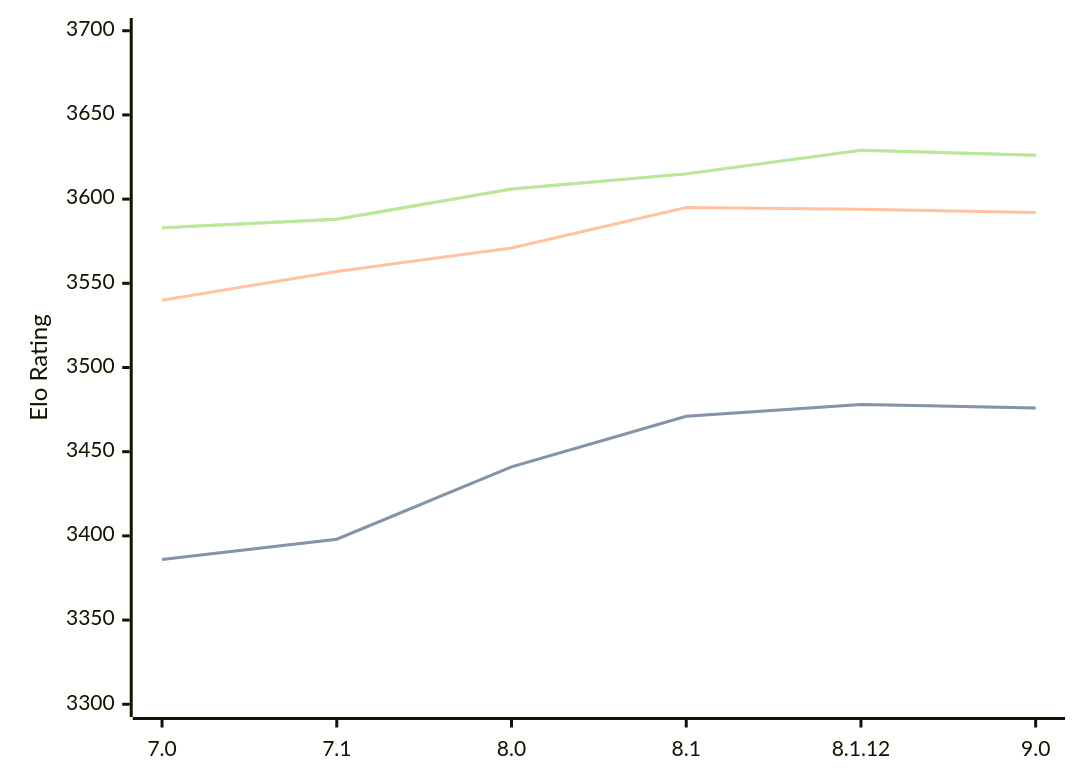
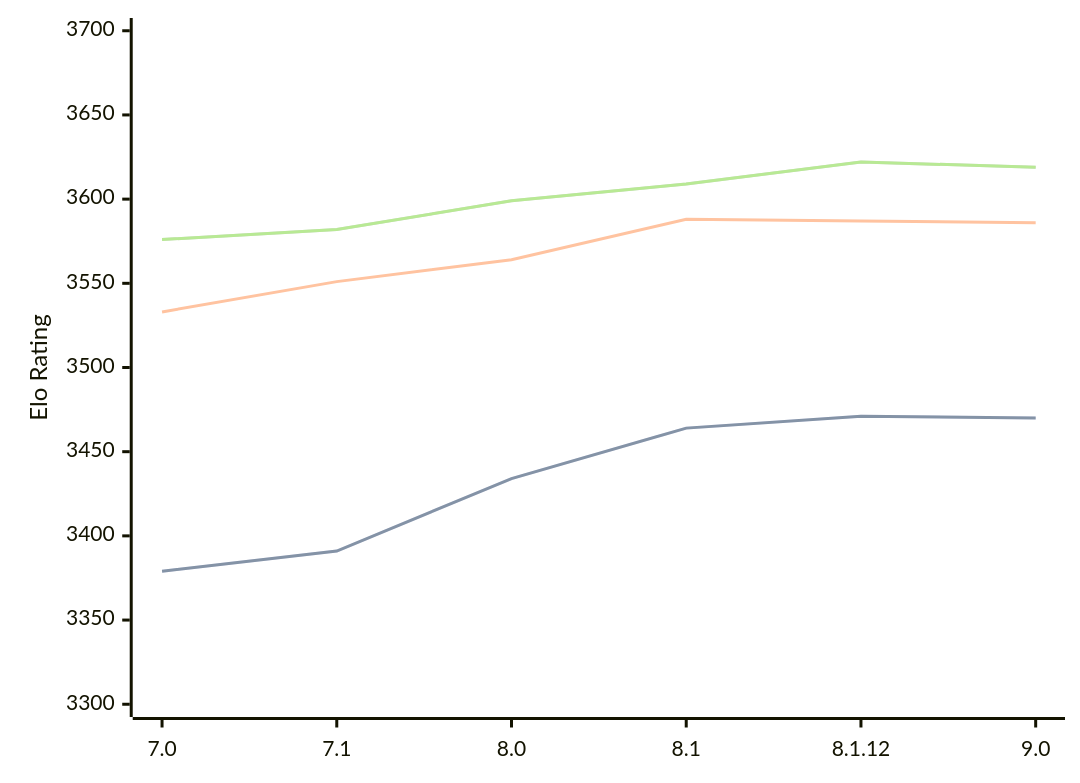
One commit to computer-chess-index/cci changed the diagram in engines/Alexandria.md. Above: the diagram before and after it, drawn with Mermaid. The commit also changed other lines of this file, not shown here.

Commit message:
Update CCI Ratings (ELO VLTC) - 2026-05-18

````diff
--- a/engines/Alexandria.md
+++ b/engines/Alexandria.md
@@ -55,11 +55,11 @@
 ```mermaid
 %%{init: {"theme":"base","themeVariables":{"seriesColors:['#a3a3a3','#222221','#faa371']}}}%%
 xychart-beta
   x-axis ["7.0", "7.1", "8.0", "8.1", "8.1.12", "9.0"]
   y-axis "Elo Rating" 3300 --> 3700
-  line "STC (8.0+0.08s)" [3386, 3398, 3441, 3471, 3478, 3476]
-  line "STC (8.0+0.08s)" [3386, 3398, 3441, 3471, 3478, 3476]
-  line "LTC (60.0+0.60s)" [3540, 3557, 3571, 3595, 3594, 3592]
-  line "VLTC (2m24s+1.12s)" [3583, 3588, 3606, 3615, 3629, 3626]
-  line "VLTC (2m24s+1.12s)" [3583, 3588, 3606, 3615, 3629, 3626]
+  line "STC (8.0+0.08s)" [3379, 3391, 3434, 3464, 3471, 3470]
+  line "STC (8.0+0.08s)" [3379, 3391, 3434, 3464, 3471, 3470]
+  line "LTC (60.0+0.60s)" [3533, 3551, 3564, 3588, 3587, 3586]
+  line "VLTC (2m24s+1.12s)" [3576, 3582, 3599, 3609, 3622, 3619]
+  line "VLTC (2m24s+1.12s)" [3576, 3582, 3599, 3609, 3622, 3619]
 ```
````
